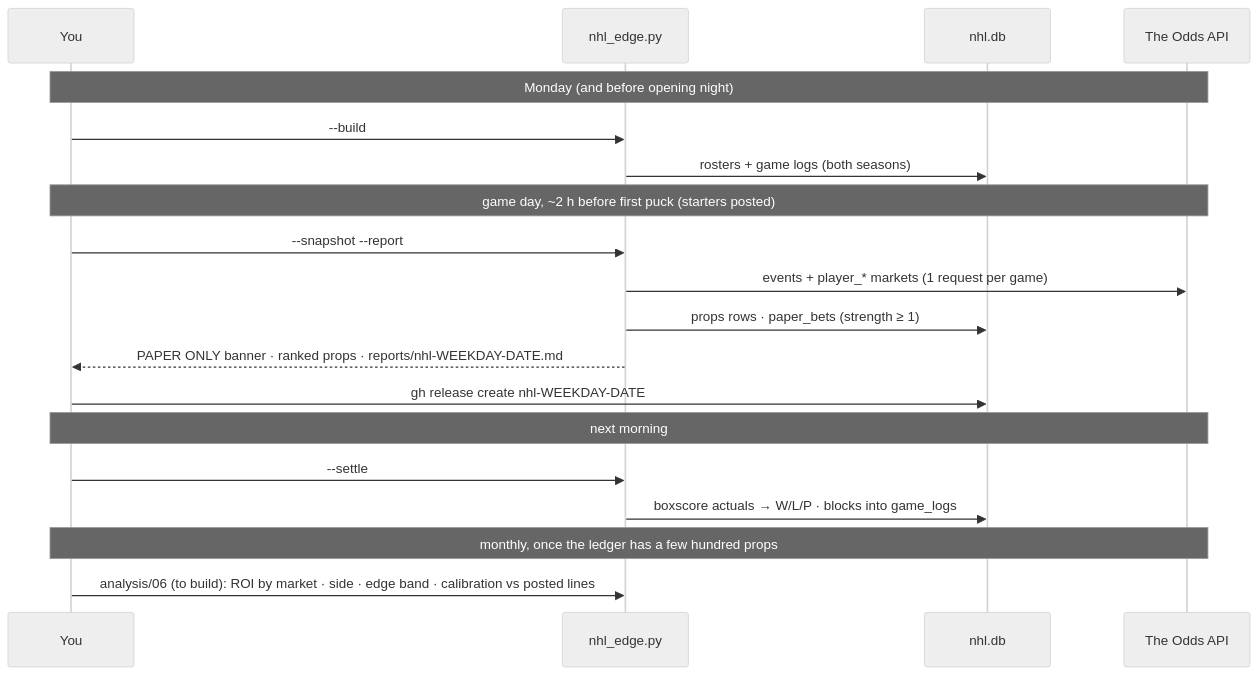
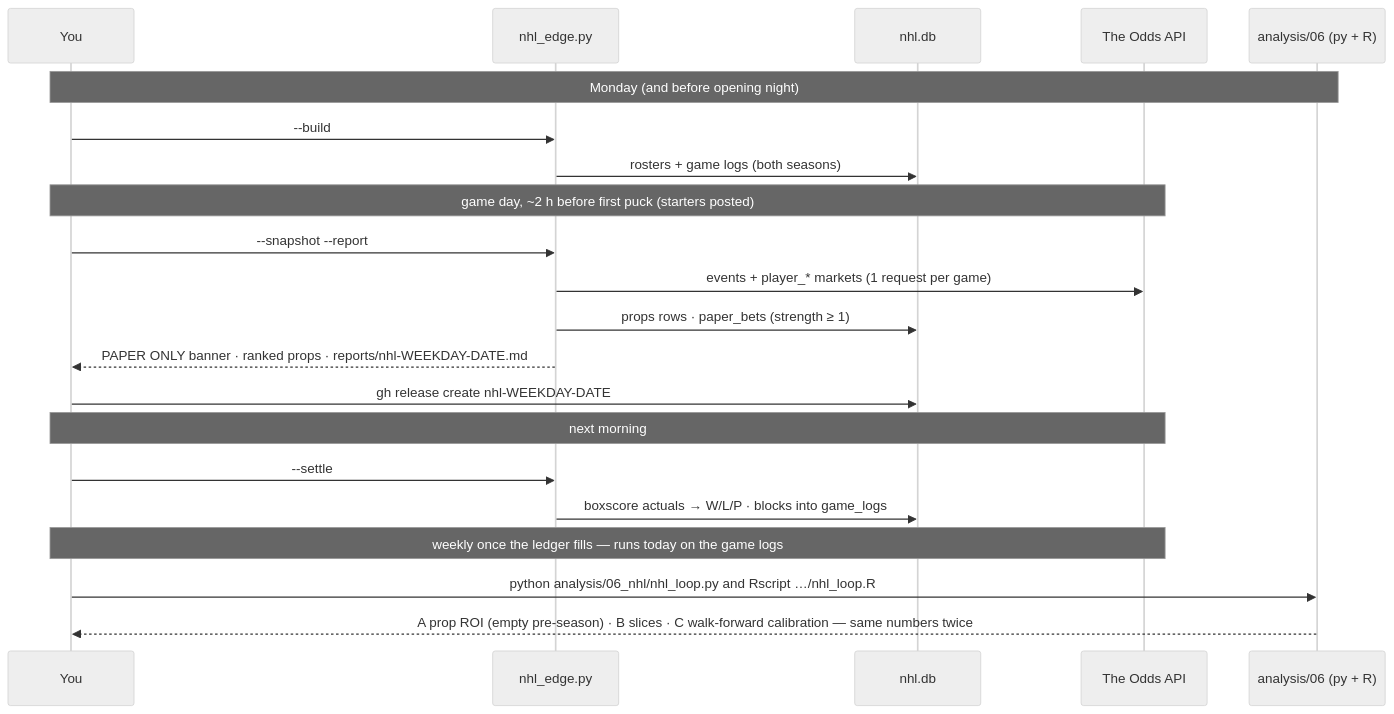
One commit to wbp318/cfb_pro_soccer_2026 changed diagram 26 of 26 in README.md. Above: the diagram before and after it, drawn with Mermaid (neutral theme). The commit also changed other lines of this file and 8 other files, not shown here.

First line of the commit message:
Add analysis/06_nhl: the NHL analysis loop in Python and R

````diff
--- a/README.md
+++ b/README.md
@@ -1313,21 +1322,23 @@
 ```mermaid
 sequenceDiagram
     participant You
     participant Tool as nhl_edge.py
     participant DB as nhl.db
     participant Book as The Odds API
-    Note over You,Book: Monday (and before opening night)
+    participant An as analysis/06 (py + R)
+    Note over You,An: Monday (and before opening night)
     You->>Tool: --build
     Tool->>DB: rosters + game logs (both seasons)
     Note over You,Book: game day, ~2 h before first puck (starters posted)
     You->>Tool: --snapshot --report
     Tool->>Book: events + player_* markets (1 request per game)
     Tool->>DB: props rows · paper_bets (strength ≥ 1)
     Tool-->>You: PAPER ONLY banner · ranked props · reports/nhl-WEEKDAY-DATE.md
     You->>DB: gh release create nhl-WEEKDAY-DATE
     Note over You,Book: next morning
     You->>Tool: --settle
     Tool->>DB: boxscore actuals → W/L/P · blocks into game_logs
-    Note over You,Book: monthly, once the ledger has a few hundred props
-    You->>Tool: analysis/06 (to build): ROI by market · side · edge band · calibration vs posted lines
+    Note over You,Book: weekly once the ledger fills — runs today on the game logs
+    You->>An: python analysis/06_nhl/nhl_loop.py  and  Rscript …/nhl_loop.R
+    An-->>You: A prop ROI (empty pre-season) · B slices · C walk-forward calibration — same numbers twice
 ```
````
